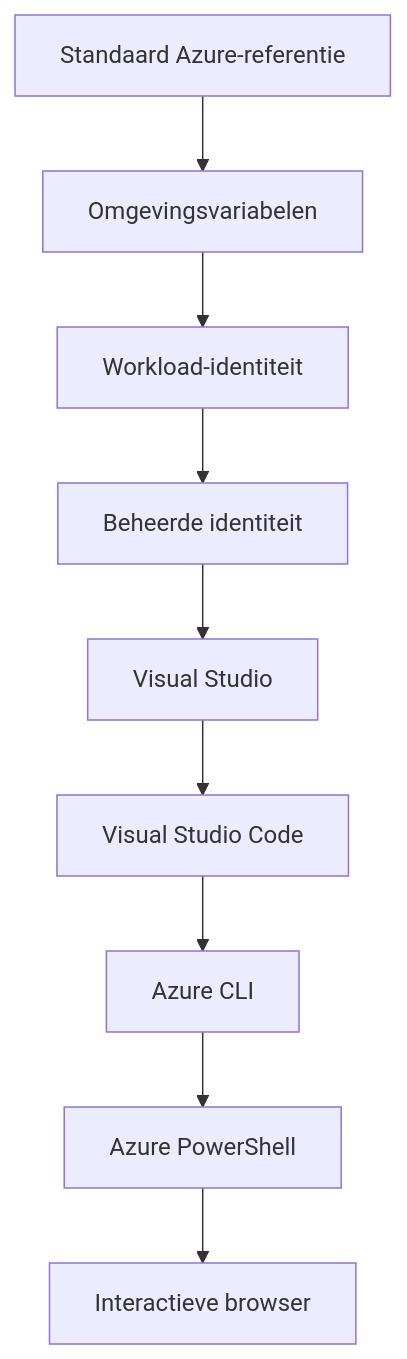
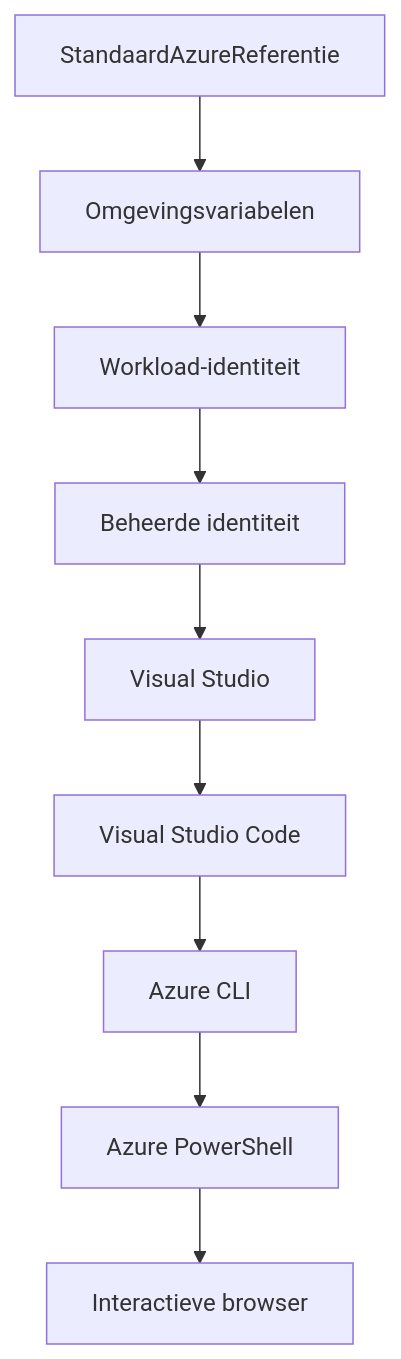
One commit to microsoft/AZD-for-beginners changed the second of 2 diagrams in translations/nl/docs/chapter-01-foundation/azd-basics.md. Above: the diagram before and after it, drawn with Mermaid. The commit also changed other lines of this file and 104 other files, not shown here.

````diff
--- a/translations/nl/docs/chapter-01-foundation/azd-basics.md
+++ b/translations/nl/docs/chapter-01-foundation/azd-basics.md
@@ -593,11 +608,11 @@
 ```mermaid
 graph TD
-    A[Standaard Azure-referentie] --> B[Omgevingsvariabelen]
+    A[StandaardAzureReferentie] --> B[Omgevingsvariabelen]
     B --> C[Workload-identiteit]
     C --> D[Beheerde identiteit]
     D --> E[Visual Studio]
     E --> F[Visual Studio Code]
     F --> G[Azure CLI]
     G --> H[Azure PowerShell]
     H --> I[Interactieve browser]
 ```
````
